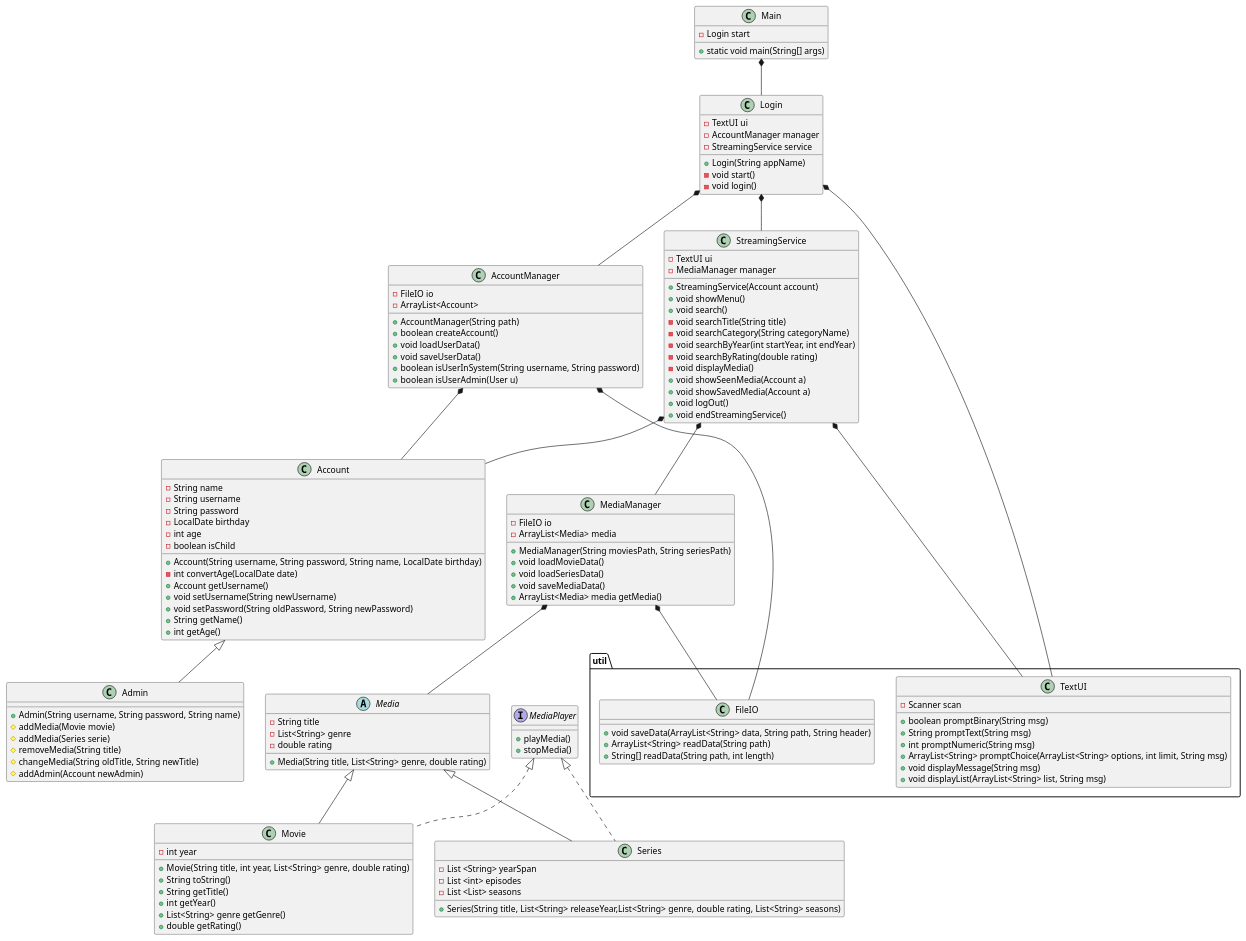
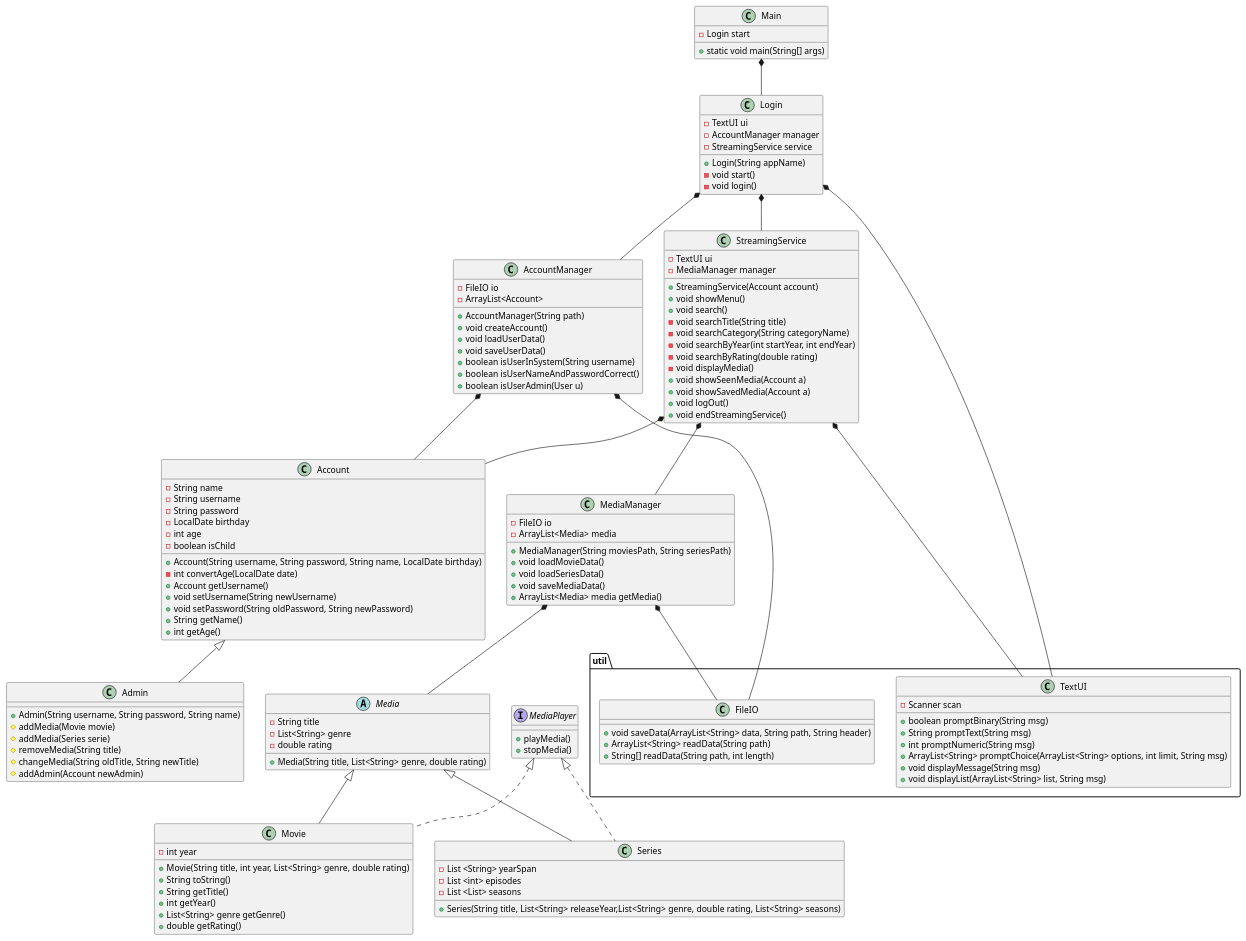
The diagram in doc/Plan/Static/classdiagram_v0.puml (DHangaard/Studypoint3_Dat1_2025), drawn with PlantUML before and after one commit. The commit also changed 4 other files, not shown here.

```diff
--- a/doc/Plan/Static/classdiagram_v0.puml
+++ b/doc/Plan/Static/classdiagram_v0.puml
@@ -1,150 +1,151 @@
 @startuml
 
 class Admin{
 + Admin(String username, String password, String name)
 # addMedia(Movie movie)
 # addMedia(Series serie)
 # removeMedia(String title)
 # changeMedia(String oldTitle, String newTitle)
 # addAdmin(Account newAdmin)
 }
 
 class StreamingService{
 - TextUI ui
 - MediaManager manager
 + StreamingService(Account account)
 + void showMenu()
 + void search()
 - void searchTitle(String title)
 - void searchCategory(String categoryName)
 - void searchByYear(int startYear, int endYear)
 - void searchByRating(double rating)
 - void displayMedia()
 + void showSeenMedia(Account a)
 + void showSavedMedia(Account a)
 + void logOut()
 + void endStreamingService()
 }
 
 class Main{
 - Login start
  + static void main(String[] args)
 }
 
 class Movie{
 - int year
 + Movie(String title, int year, List<String> genre, double rating)
 + String toString()
 + String getTitle()
 + int getYear()
 + List<String> genre getGenre()
 + double getRating()
 }
 
 class Series{
 - List <String> yearSpan
 - List <int> episodes
 - List <List> seasons
 + Series(String title, List<String> releaseYear,List<String> genre, double rating, List<String> seasons)
 }
 
 class MediaManager {
 - FileIO io
 - ArrayList<Media> media
 + MediaManager(String moviesPath, String seriesPath)
 + void loadMovieData()
 + void loadSeriesData()
 + void saveMediaData()
 + ArrayList<Media> media getMedia()
 }
 
 class Login {
 - TextUI ui
 - AccountManager manager
 - StreamingService service
 + Login(String appName)
 - void start()
 - void login()
 }
 
 Abstract Media{
 - String title
 - List<String> genre
 - double rating
 +Media(String title, List<String> genre, double rating)
 }
 
 class Account{
 - String name
 - String username
 - String password
 - LocalDate birthday
 - int age
 - boolean isChild
 + Account(String username, String password, String name, LocalDate birthday)
 - int convertAge(LocalDate date)
 + Account getUsername()
 + void setUsername(String newUsername)
 + void setPassword(String oldPassword, String newPassword)
 + String getName()
 + int getAge()
 }
 
 
 class AccountManager {
 - FileIO io
 - ArrayList<Account>
 + AccountManager(String path)
-+ boolean createAccount()
++ void createAccount()
 + void loadUserData()
 + void saveUserData()
-+ boolean isUserInSystem(String username, String password)
++ boolean isUserInSystem(String username)
++ boolean isUserNameAndPasswordCorrect()
 + boolean isUserAdmin(User u)
 }
 
 package "util" {
     class TextUI {
     - Scanner scan
     + boolean promptBinary(String msg)
     + String promptText(String msg)
     + int promptNumeric(String msg)
     + ArrayList<String> promptChoice(ArrayList<String> options, int limit, String msg)
     + void displayMessage(String msg)
     + void displayList(ArrayList<String> list, String msg)
     }
 }
 
 package "util" {
     class FileIO{
     + void saveData(ArrayList<String> data, String path, String header)
     + ArrayList<String> readData(String path)
     + String[] readData(String path, int length)
     }
  }
 
 interface MediaPlayer {
 + playMedia()
 + stopMedia()
 }
 
 Main *-- Login
 Login *-- AccountManager
 Login *-- StreamingService
 StreamingService *-- Account
 
 MediaPlayer <|.. Movie
 MediaPlayer <|.. Series
 AccountManager *-- Account
 AccountManager *-- FileIO
 Login *-- TextUI
 StreamingService *-- TextUI
 
 StreamingService *-- MediaManager
 MediaManager *-- FileIO
 MediaManager *-- Media
 Account <|-- Admin
 
 Media <|-- Movie
 Media <|-- Series
 
 @enduml
```
